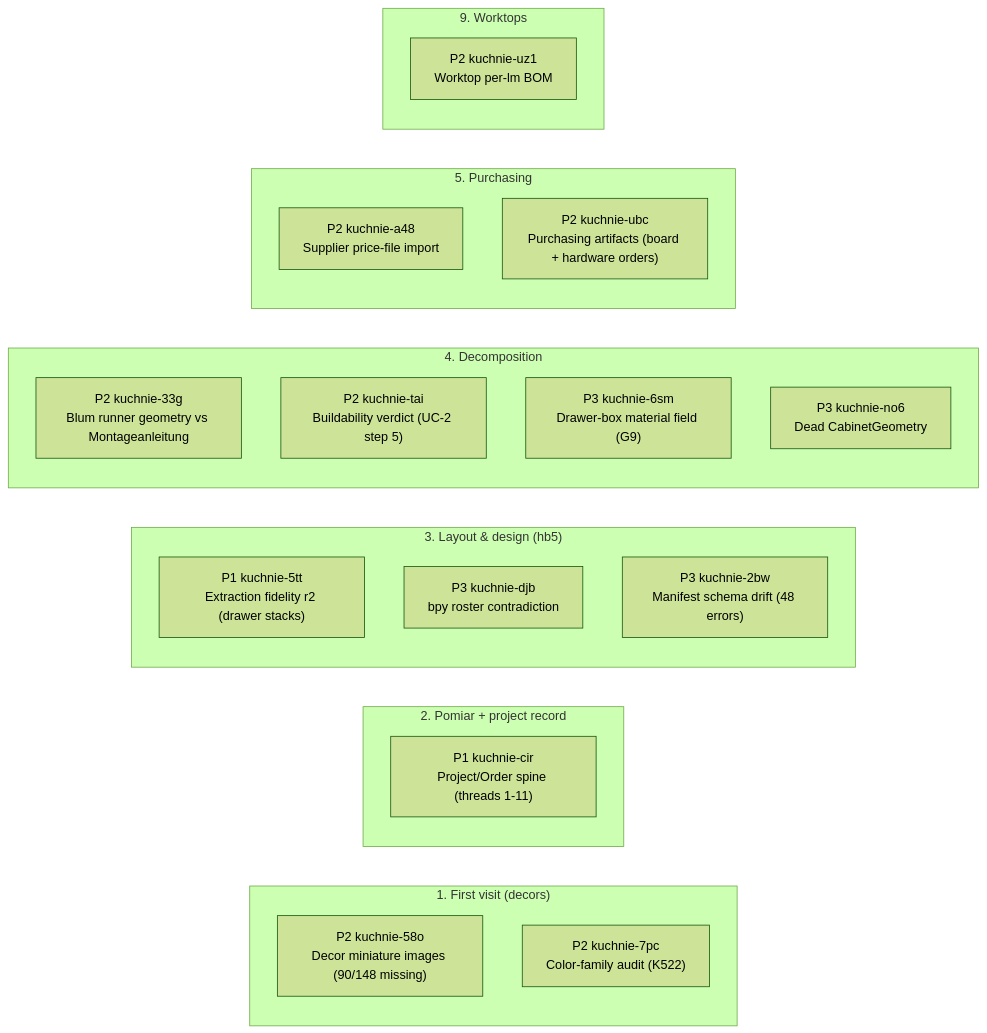
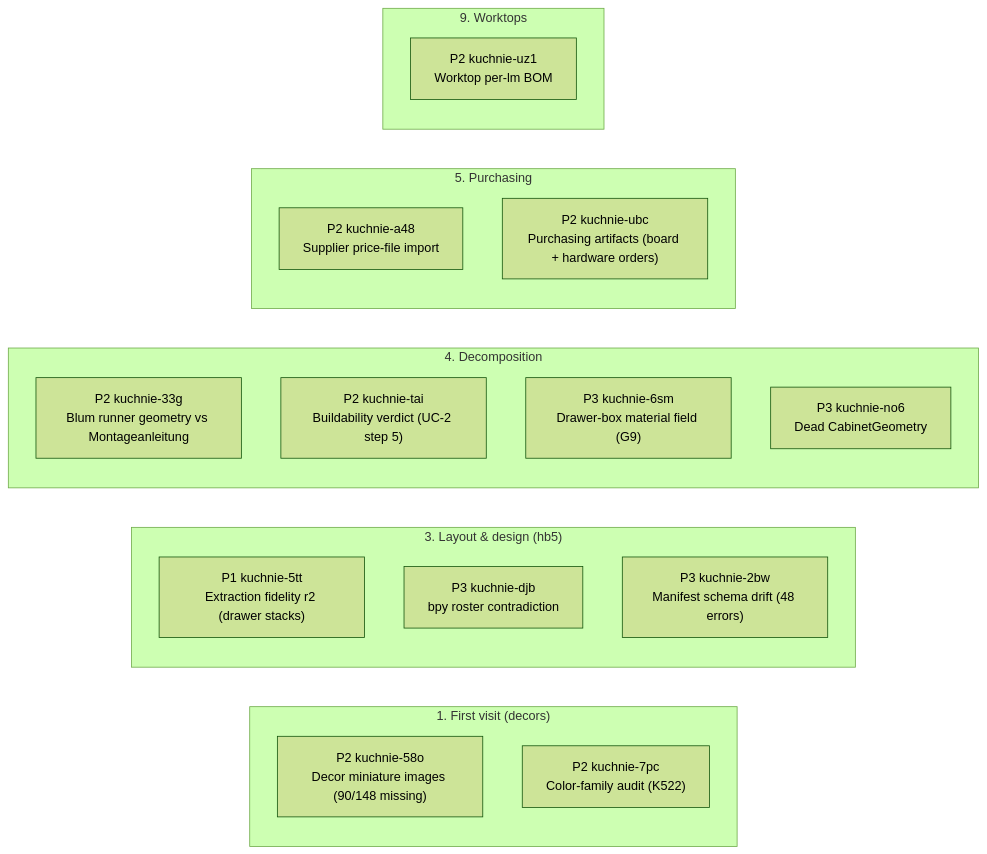
The first of 2 diagrams in STATUS.md (m1981/kuchnie), drawn with Mermaid (forest theme) before and after one commit. The commit also changed other lines of this file and 3 other files, not shown here.

Commit message:
reviews: LEGRABOX side-panel audit persisted (DIVERGED, attic recommended, decision pending); truth: spine review verdicts (tr-e51ef4fd + 3 re-affirmed, tr-fff10d41 mechanical diverge resolved); kuchnie-cir closed

````diff
--- a/STATUS.md
+++ b/STATUS.md
@@ -48,28 +47,25 @@
 ```mermaid
 flowchart LR
     subgraph s1 ["1. First visit (decors)"]
         kuchnie_58o["P2 kuchnie-58o<br/>Decor miniature images (90/148 missing)"]
         kuchnie_7pc["P2 kuchnie-7pc<br/>Color-family audit (K522)"]
-    end
-    subgraph s2 ["2. Pomiar + project record"]
-        kuchnie_cir["P1 kuchnie-cir<br/>Project/Order spine (threads 1-11)"]
     end
     subgraph s3 ["3. Layout & design (hb5)"]
         kuchnie_5tt["P1 kuchnie-5tt<br/>Extraction fidelity r2 (drawer stacks)"]
         kuchnie_djb["P3 kuchnie-djb<br/>bpy roster contradiction"]
         kuchnie_2bw["P3 kuchnie-2bw<br/>Manifest schema drift (48 errors)"]
     end
     subgraph s4 ["4. Decomposition"]
         kuchnie_33g["P2 kuchnie-33g<br/>Blum runner geometry vs Montageanleitung"]
         kuchnie_tai["P2 kuchnie-tai<br/>Buildability verdict (UC-2 step 5)"]
         kuchnie_6sm["P3 kuchnie-6sm<br/>Drawer-box material field (G9)"]
         kuchnie_no6["P3 kuchnie-no6<br/>Dead CabinetGeometry"]
     end
     subgraph s5 ["5. Purchasing"]
         kuchnie_a48["P2 kuchnie-a48<br/>Supplier price-file import"]
         kuchnie_ubc["P2 kuchnie-ubc<br/>Purchasing artifacts (board + hardware orders)"]
     end
     subgraph s9 ["9. Worktops"]
         kuchnie_uz1["P2 kuchnie-uz1<br/>Worktop per-lm BOM"]
     end
 ```
````
